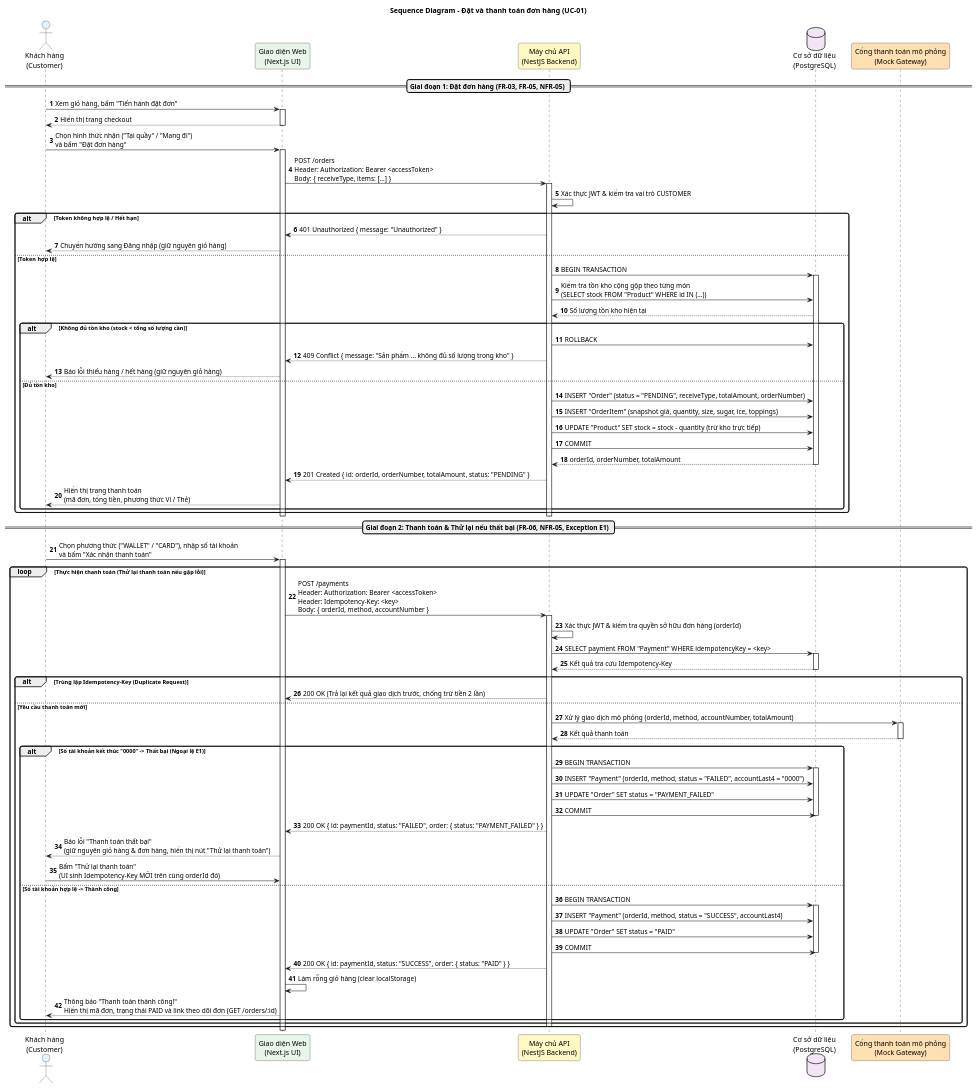
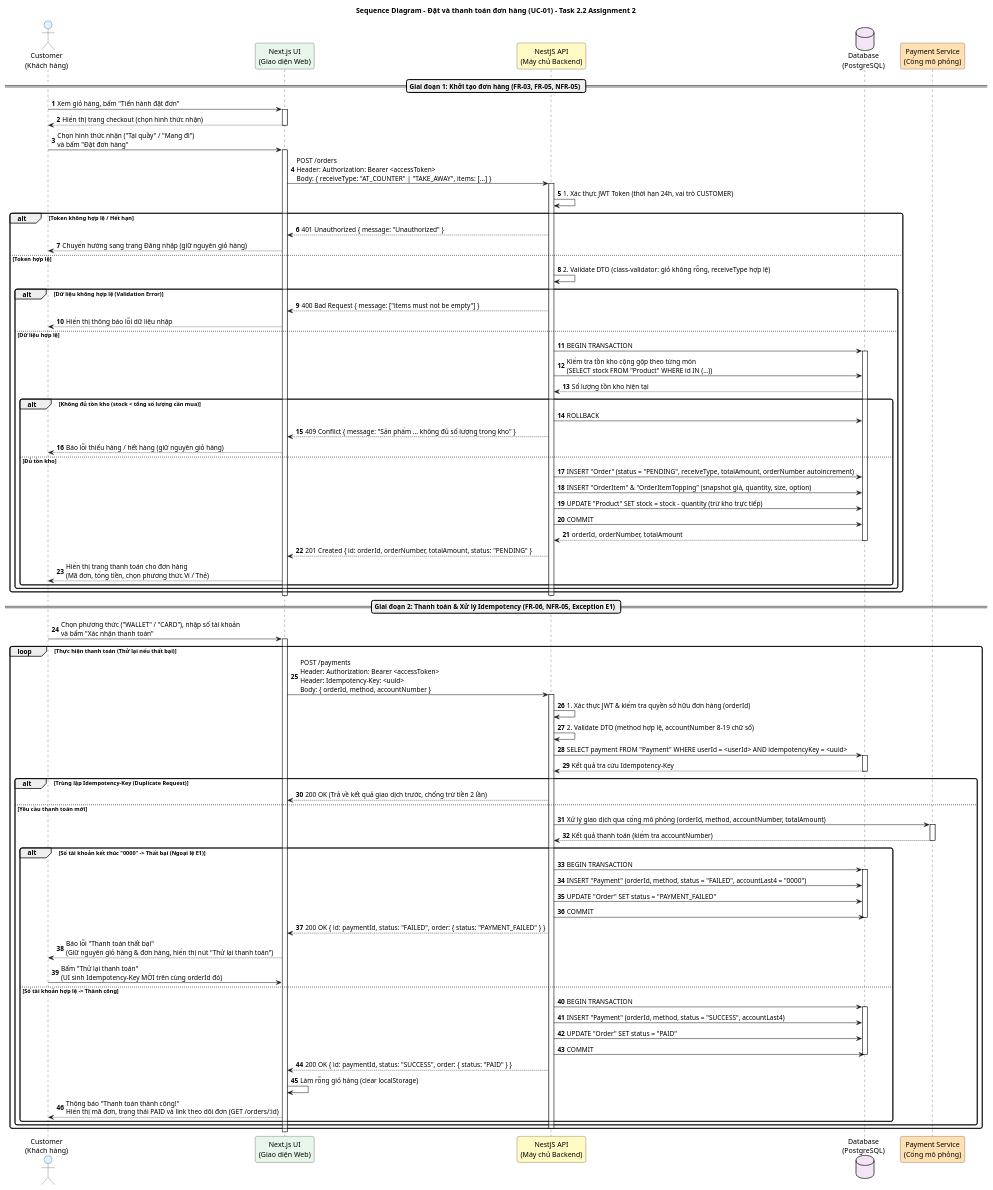
Before and after one commit to Thori2724/BrewLite-CNPM-nh-m-12: the diagram in docs/diagrams/sequencediagram.puml, drawn with PlantUML. The commit also changed 3 other files, not shown here.

Commit message:
sửa sequence diagram

```diff
--- a/docs/diagrams/sequencediagram.puml
+++ b/docs/diagrams/sequencediagram.puml
@@ -1,108 +1,116 @@
 @startuml sequence-checkout
-title Sequence Diagram - Đặt và thanh toán đơn hàng (UC-01)
+title Sequence Diagram - Đặt và thanh toán đơn hàng (UC-01) - Task 2.2 Assignment 2
 autonumber
 skinparam shadowing false
 skinparam roundcorner 8
 skinparam participantPadding 15
 skinparam boxPadding 10
 
-actor "Khách hàng\n(Customer)" as C #E3F2FD
-participant "Giao diện Web\n(Next.js UI)" as UI #E8F5E9
-participant "Máy chủ API\n(NestJS Backend)" as API #FFF9C4
-database "Cơ sở dữ liệu\n(PostgreSQL)" as DB #F3E5F5
-participant "Cổng thanh toán mô phỏng\n(Mock Gateway)" as GW #FFE0B2
+actor "Customer\n(Khách hàng)" as C #E3F2FD
+participant "Next.js UI\n(Giao diện Web)" as UI #E8F5E9
+participant "NestJS API\n(Máy chủ Backend)" as API #FFF9C4
+database "Database\n(PostgreSQL)" as DB #F3E5F5
+participant "Payment Service\n(Cổng mô phỏng)" as PAY #FFE0B2
 
-== Giai đoạn 1: Đặt đơn hàng (FR-03, FR-05, NFR-05) ==
+== Giai đoạn 1: Khởi tạo đơn hàng (FR-03, FR-05, NFR-05) ==
 
 C -> UI : Xem giỏ hàng, bấm "Tiến hành đặt đơn"
 activate UI
-UI --> C : Hiển thị trang checkout
+UI --> C : Hiển thị trang checkout (chọn hình thức nhận)
 deactivate UI
 
 C -> UI : Chọn hình thức nhận ("Tại quầy" / "Mang đi")\nvà bấm "Đặt đơn hàng"
 activate UI
-UI -> API : POST /orders\nHeader: Authorization: Bearer <accessToken>\nBody: { receiveType, items: [...] }
+UI -> API : POST /orders\nHeader: Authorization: Bearer <accessToken>\nBody: { receiveType: "AT_COUNTER" | "TAKE_AWAY", items: [...] }
 activate API
 
-API -> API : Xác thực JWT & kiểm tra vai trò CUSTOMER
+API -> API : 1. Xác thực JWT Token (thời hạn 24h, vai trò CUSTOMER)
 alt Token không hợp lệ / Hết hạn
   API --> UI : 401 Unauthorized { message: "Unauthorized" }
-  UI --> C : Chuyển hướng sang Đăng nhập (giữ nguyên giỏ hàng)
+  UI --> C : Chuyển hướng sang trang Đăng nhập (giữ nguyên giỏ hàng)
 else Token hợp lệ
-  API -> DB : BEGIN TRANSACTION
-  activate DB
-  API -> DB : Kiểm tra tồn kho cộng gộp theo từng món\n(SELECT stock FROM "Product" WHERE id IN (...))
-  DB --> API : Số lượng tồn kho hiện tại
+  API -> API : 2. Validate DTO (class-validator: giỏ không rỗng, receiveType hợp lệ)
+  alt Dữ liệu không hợp lệ (Validation Error)
+    API --> UI : 400 Bad Request { message: ["items must not be empty"] }
+    UI --> C : Hiển thị thông báo lỗi dữ liệu nhập
+  else Dữ liệu hợp lệ
+    API -> DB : BEGIN TRANSACTION
+    activate DB
+    API -> DB : Kiểm tra tồn kho cộng gộp theo từng món\n(SELECT stock FROM "Product" WHERE id IN (...))
+    DB --> API : Số lượng tồn kho hiện tại
 
-  alt Không đủ tồn kho (stock < tổng số lượng cần)
-    API -> DB : ROLLBACK
-    API --> UI : 409 Conflict { message: "Sản phẩm ... không đủ số lượng trong kho" }
-    UI --> C : Báo lỗi thiếu hàng / hết hàng (giữ nguyên giỏ hàng)
-  else Đủ tồn kho
-    API -> DB : INSERT "Order" (status = "PENDING", receiveType, totalAmount, orderNumber)
-    API -> DB : INSERT "OrderItem" (snapshot giá, quantity, size, sugar, ice, toppings)
-    API -> DB : UPDATE "Product" SET stock = stock - quantity (trừ kho trực tiếp)
-    API -> DB : COMMIT
-    DB --> API : orderId, orderNumber, totalAmount
-    deactivate DB
+    alt Không đủ tồn kho (stock < tổng số lượng cần mua)
+      API -> DB : ROLLBACK
+      API --> UI : 409 Conflict { message: "Sản phẩm ... không đủ số lượng trong kho" }
+      UI --> C : Báo lỗi thiếu hàng / hết hàng (giữ nguyên giỏ hàng)
+    else Đủ tồn kho
+      API -> DB : INSERT "Order" (status = "PENDING", receiveType, totalAmount, orderNumber autoincrement)
+      API -> DB : INSERT "OrderItem" & "OrderItemTopping" (snapshot giá, quantity, size, option)
+      API -> DB : UPDATE "Product" SET stock = stock - quantity (trừ kho trực tiếp)
+      API -> DB : COMMIT
+      DB --> API : orderId, orderNumber, totalAmount
+      deactivate DB
 
-    API --> UI : 201 Created { id: orderId, orderNumber, totalAmount, status: "PENDING" }
-    UI --> C : Hiển thị trang thanh toán\n(mã đơn, tổng tiền, phương thức Ví / Thẻ)
+      API --> UI : 201 Created { id: orderId, orderNumber, totalAmount, status: "PENDING" }
+      UI --> C : Hiển thị trang thanh toán cho đơn hàng\n(Mã đơn, tổng tiền, chọn phương thức Ví / Thẻ)
+    end
   end
 end
 deactivate API
 deactivate UI
 
-== Giai đoạn 2: Thanh toán & Thử lại nếu thất bại (FR-06, NFR-05, Exception E1) ==
+== Giai đoạn 2: Thanh toán & Xử lý Idempotency (FR-06, NFR-05, Exception E1) ==
 
 C -> UI : Chọn phương thức ("WALLET" / "CARD"), nhập số tài khoản\nvà bấm "Xác nhận thanh toán"
 activate UI
 
-loop Thực hiện thanh toán (Thử lại thanh toán nếu gặp lỗi)
-  UI -> API : POST /payments\nHeader: Authorization: Bearer <accessToken>\nHeader: Idempotency-Key: <key>\nBody: { orderId, method, accountNumber }
+loop Thực hiện thanh toán (Thử lại nếu thất bại)
+  UI -> API : POST /payments\nHeader: Authorization: Bearer <accessToken>\nHeader: Idempotency-Key: <uuid>\nBody: { orderId, method, accountNumber }
   activate API
 
-  API -> API : Xác thực JWT & kiểm tra quyền sở hữu đơn hàng (orderId)
-  API -> DB : SELECT payment FROM "Payment" WHERE idempotencyKey = <key>
+  API -> API : 1. Xác thực JWT & kiểm tra quyền sở hữu đơn hàng (orderId)
+  API -> API : 2. Validate DTO (method hợp lệ, accountNumber 8-19 chữ số)
+  
+  API -> DB : SELECT payment FROM "Payment" WHERE userId = <userId> AND idempotencyKey = <uuid>
   activate DB
   DB --> API : Kết quả tra cứu Idempotency-Key
   deactivate DB
 
   alt Trùng lặp Idempotency-Key (Duplicate Request)
-    API --> UI : 200 OK (Trả lại kết quả giao dịch trước, chống trừ tiền 2 lần)
+    API --> UI : 200 OK (Trả về kết quả giao dịch trước, chống trừ tiền 2 lần)
   else Yêu cầu thanh toán mới
-    API -> GW : Xử lý giao dịch mô phỏng (orderId, method, accountNumber, totalAmount)
-    activate GW
-    GW --> API : Kết quả thanh toán
-    deactivate GW
+    API -> PAY : Xử lý giao dịch qua cổng mô phỏng (orderId, method, accountNumber, totalAmount)
+    activate PAY
+    PAY --> API : Kết quả thanh toán (kiểm tra accountNumber)
+    deactivate PAY
 
     alt Số tài khoản kết thúc "0000" -> Thất bại (Ngoại lệ E1)
       API -> DB : BEGIN TRANSACTION
       activate DB
       API -> DB : INSERT "Payment" (orderId, method, status = "FAILED", accountLast4 = "0000")
       API -> DB : UPDATE "Order" SET status = "PAYMENT_FAILED"
       API -> DB : COMMIT
       deactivate DB
 
       API --> UI : 200 OK { id: paymentId, status: "FAILED", order: { status: "PAYMENT_FAILED" } }
-      UI --> C : Báo lỗi "Thanh toán thất bại"\n(giữ nguyên giỏ hàng & đơn hàng, hiển thị nút "Thử lại thanh toán")
+      UI --> C : Báo lỗi "Thanh toán thất bại"\n(Giữ nguyên giỏ hàng & đơn hàng, hiển thị nút "Thử lại thanh toán")
       
       C -> UI : Bấm "Thử lại thanh toán"\n(UI sinh Idempotency-Key MỚI trên cùng orderId đó)
     else Số tài khoản hợp lệ -> Thành công
       API -> DB : BEGIN TRANSACTION
       activate DB
       API -> DB : INSERT "Payment" (orderId, method, status = "SUCCESS", accountLast4)
       API -> DB : UPDATE "Order" SET status = "PAID"
       API -> DB : COMMIT
       deactivate DB
 
       API --> UI : 200 OK { id: paymentId, status: "SUCCESS", order: { status: "PAID" } }
       UI -> UI : Làm rỗng giỏ hàng (clear localStorage)
       UI --> C : Thông báo "Thanh toán thành công!"\nHiển thị mã đơn, trạng thái PAID và link theo dõi đơn (GET /orders/:id)
     end
   end
   deactivate API
 end
 deactivate UI
 
 @enduml
```
